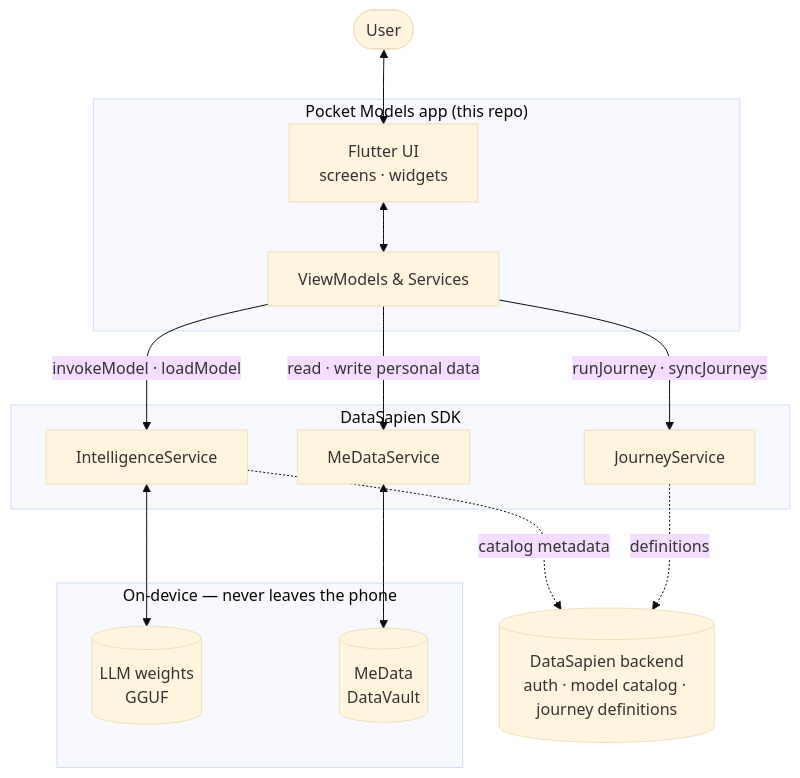
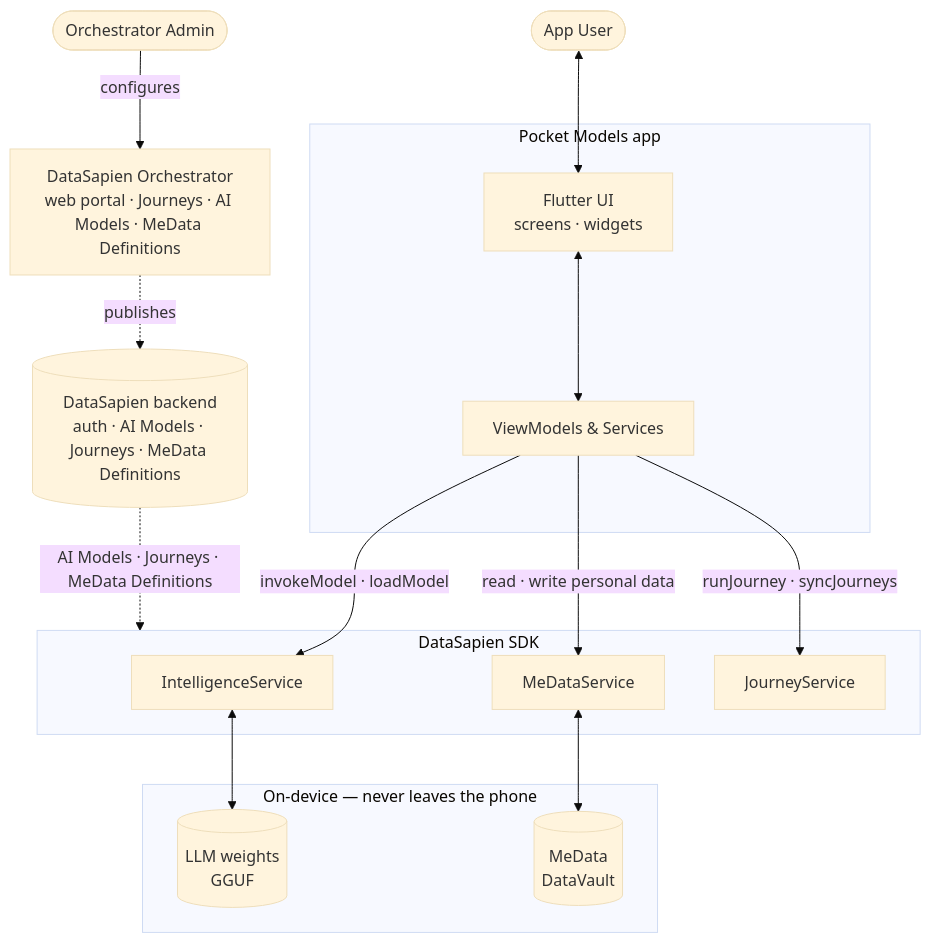
Before and after one commit to Data-Sapien/datasapien-pocketmodels: the diagram in README.md, drawn with Mermaid (base theme). The commit also changed other lines of this file, not shown here.

Commit message:
Refine architecture diagram: add Orchestrator, fix arrow direction, declutter Backend->SDK

````diff
--- a/README.md
+++ b/README.md
@@ -14,32 +14,37 @@
 ```mermaid
 flowchart TB
-    User([User])
+    Dev([Orchestrator Admin])
+    User([App User])
 
-    subgraph App["Pocket Models app (this repo)"]
+    Orch[DataSapien Orchestrator<br/>web portal · Journeys · AI Models · MeData Definitions]
+
+    subgraph App["Pocket Models app"]
         UI[Flutter UI<br/>screens · widgets]
         VM[ViewModels &amp; Services]
     end
 
     subgraph SDK["DataSapien SDK"]
         Int[IntelligenceService]
         Me[MeDataService]
         Jou[JourneyService]
     end
 
     subgraph Device["On-device — never leaves the phone"]
         Model[(LLM weights<br/>GGUF)]
         Store[(MeData<br/>DataVault)]
     end
 
-    Backend[(DataSapien backend<br/>auth · model catalog · journey definitions)]
+    Backend[(DataSapien backend<br/>auth · AI Models · Journeys · MeData Definitions)]
+
+    Dev -->|configures| Orch
+    Orch -.->|publishes| Backend
 
     User <--> UI
     UI <--> VM
     VM -->|invokeModel · loadModel| Int
     VM -->|read · write personal data| Me
     VM -->|runJourney · syncJourneys| Jou
     Int <--> Model
     Me <--> Store
-    Int -.->|catalog metadata| Backend
-    Jou -.->|definitions| Backend
+    Backend -.->|AI Models · Journeys · MeData Definitions| SDK
 ```
````
